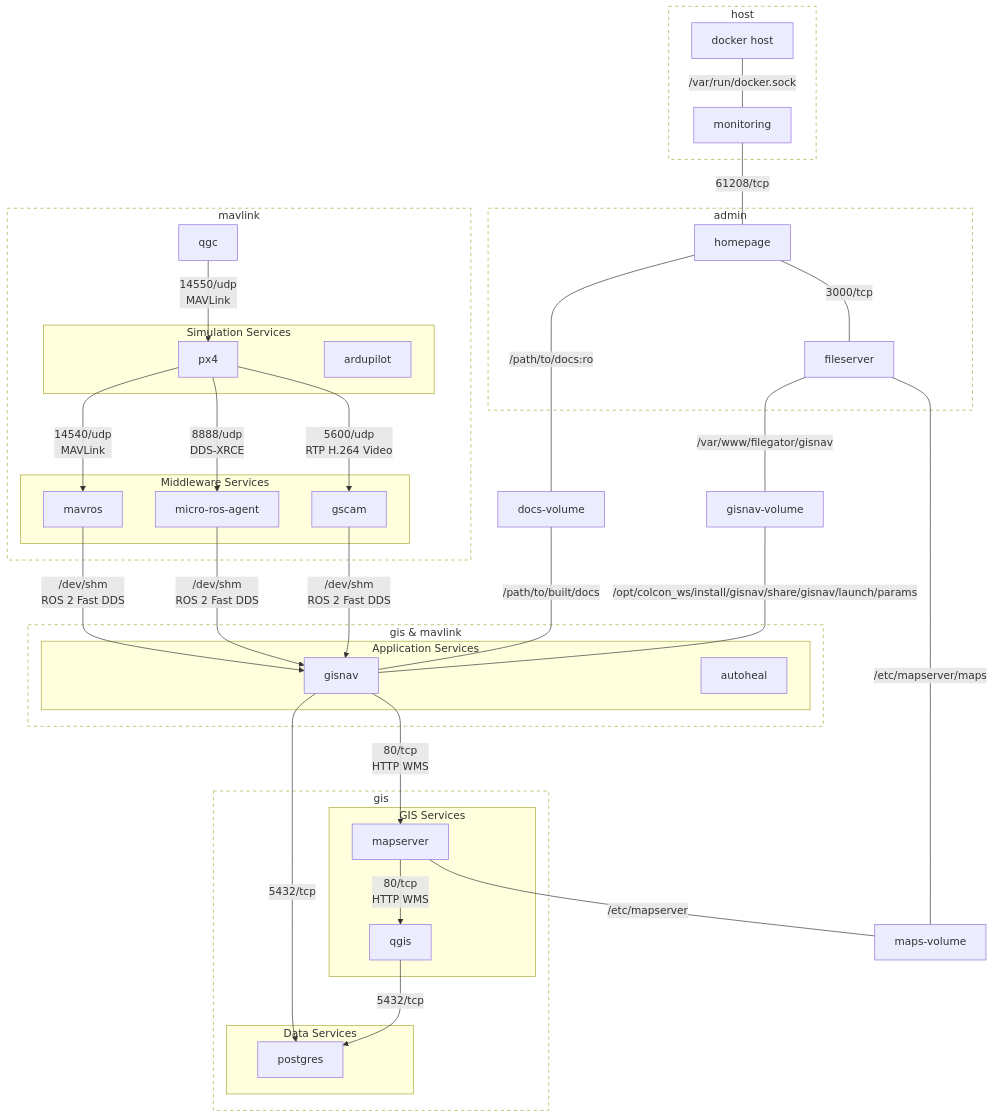
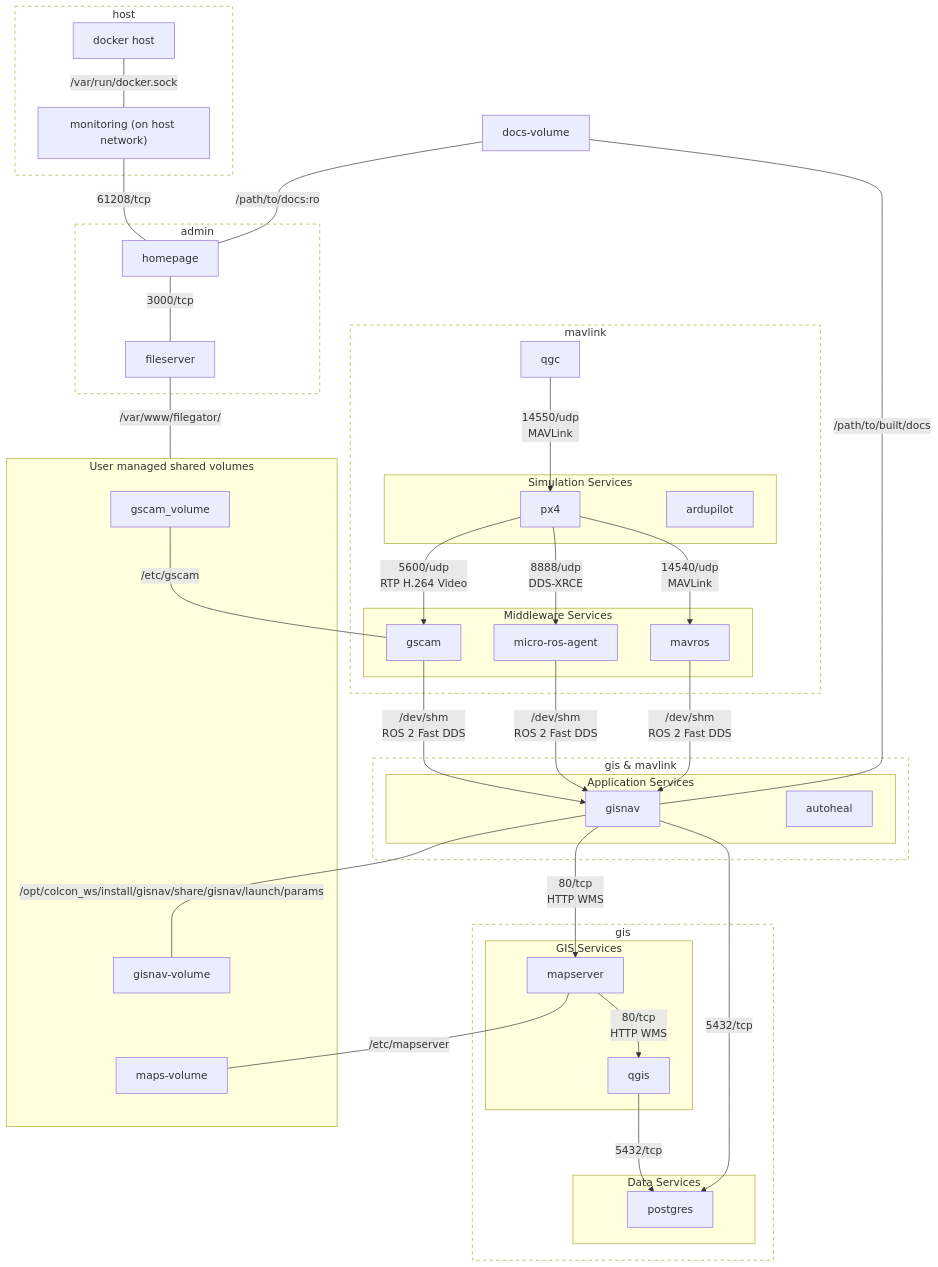
One commit to hmakelin/gisnav changed the diagram in docs/pages/developer_guide/offboard/docker_compose.rst. Above: the diagram before and after it, drawn with Mermaid.

Commit message:
Add missing gscam volume and restructure interfaces diagram

```diff
--- a/docs/pages/developer_guide/offboard/docker_compose.rst
+++ b/docs/pages/developer_guide/offboard/docker_compose.rst
@@ -47,72 +47,75 @@
 .. mermaid::
 
     graph TD
         subgraph mavlink ["mavlink"]
             mavlink_qgc[qgc]
             subgraph simulation ["Simulation Services"]
                 simulation_px4[px4]
                 simulation_ardupilot[ardupilot]
             end
             subgraph middleware ["Middleware Services"]
                 middleware_mavros[mavros]
                 middleware_micro_ros_agent[micro-ros-agent]
                 middleware_gscam[gscam]
             end
         end
 
         subgraph gis_mavlink ["gis & mavlink"]
             subgraph application ["Application Services"]
                 application_gisnav[gisnav]
                 application_autoheal[autoheal]
             end
         end
         subgraph gis ["gis"]
             subgraph gis_services ["GIS Services"]
                 gis_mapserver[mapserver]
                 gis_qgis[qgis]
             end
             subgraph data_services ["Data Services"]
                 gis_postgres[postgres]
             end
         end
 
         subgraph admin ["admin"]
             homepage[homepage]
             fileserver[fileserver]
         end
 
+        subgraph volumes ["User managed shared volumes"]
+            gscam_volume[gscam_volume]
+            gis_maps_volume[maps-volume]
+            application_gisnav_volume[gisnav-volume]
+        end
         application_docs_volume[docs-volume]
-        application_gisnav_volume[gisnav-volume]
-        gis_maps_volume[maps-volume]
 
         mavlink_qgc -->|14550/udp\nMAVLink| simulation_px4
         simulation_px4 -->|14540/udp\nMAVLink| middleware_mavros
         simulation_px4 -->|8888/udp\nDDS-XRCE | middleware_micro_ros_agent
         simulation_px4 -->|5600/udp\nRTP H.264 Video| middleware_gscam
         middleware_mavros -->|/dev/shm\nROS 2 Fast DDS| application_gisnav
         middleware_micro_ros_agent -->|/dev/shm\nROS 2 Fast DDS| application_gisnav
         middleware_gscam -->|/dev/shm\nROS 2 Fast DDS| application_gisnav
         application_gisnav -->|5432/tcp| gis_postgres
 
         application_gisnav -->|80/tcp\nHTTP WMS| gis_mapserver
         gis_mapserver -->|80/tcp\nHTTP WMS| gis_qgis
         gis_qgis -->|5432/tcp| gis_postgres
         gis_mapserver ---|/etc/mapserver| gis_maps_volume
-        fileserver ---|/etc/mapserver/maps| gis_maps_volume
-        fileserver ---|/var/www/filegator/gisnav| application_gisnav_volume
+        application_gisnav ---|/opt/colcon_ws/install/gisnav/share/gisnav/launch/params| application_gisnav_volume
         application_docs_volume ---|/path/to/built/docs| application_gisnav
-        application_gisnav_volume ---|/opt/colcon_ws/install/gisnav/share/gisnav/launch/params| application_gisnav
-        homepage ---|/path/to/docs:ro| application_docs_volume
+        homepage ---|3000/tcp| fileserver
+        fileserver ---|"/var/www/filegator/"| volumes
+        gscam_volume ---|/etc/gscam| middleware_gscam
 
-        homepage ---|3000/tcp| fileserver
+        application_docs_volume ---|/path/to/docs:ro| homepage
 
         subgraph host ["host"]
-            monitoring["monitoring"]
+            monitoring["monitoring (on host network)"]
             docker_host["docker host"]
         end
 
         monitoring ---|61208/tcp| homepage
         docker_host ---|/var/run/docker.sock| monitoring
 
         classDef network fill:transparent,stroke-dasharray:5 5;
         class mavlink,gis,gis_mavlink,admin,admin_gis,host network
```
